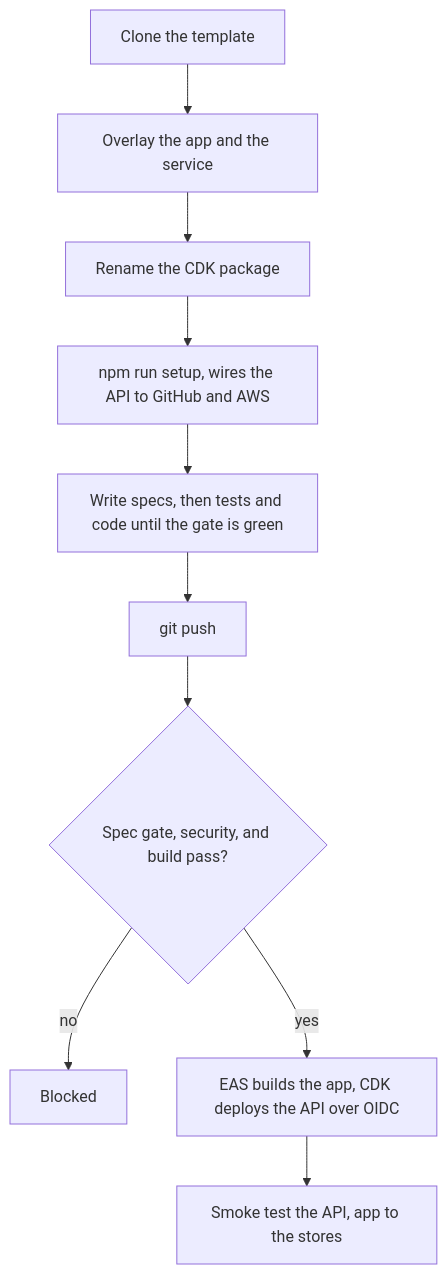
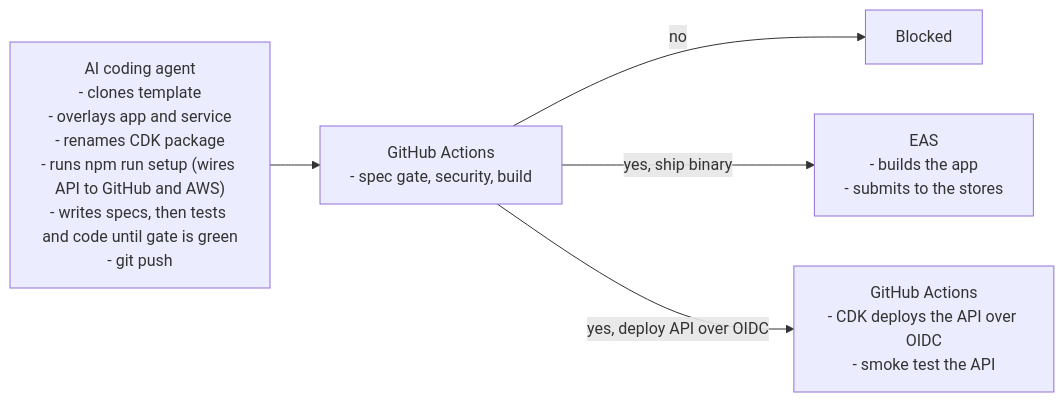
Before and after one commit to elleskay/mobile-platform: the first of 4 diagrams in README.md, drawn with Mermaid. The commit also changed other lines of this file, not shown here.

````diff
--- a/README.md
+++ b/README.md
@@ -90,12 +97,12 @@
 ```mermaid
-flowchart TD
-  Clone[Clone the template] --> Overlay[Overlay the app and the service]
-  Overlay --> Rename[Rename the CDK package]
-  Rename --> Setup[npm run setup, wires the API to GitHub and AWS]
-  Setup --> Spec[Write specs, then tests and code until the gate is green]
-  Spec --> Push[git push]
-  Push --> Gate{Spec gate, security, and build pass?}
-  Gate -->|no| Block[Blocked]
-  Gate -->|yes| Ship[EAS builds the app, CDK deploys the API over OIDC]
-  Ship --> Smoke[Smoke test the API, app to the stores]
+flowchart LR
+  Agent["AI coding agent<br/>- clones template<br/>- overlays app and service<br/>- renames CDK package<br/>- runs npm run setup (wires API to GitHub and AWS)<br/>- writes specs, then tests and code until gate is green<br/>- git push"]
+  GH["GitHub Actions<br/>- spec gate, security, build"]
+  Block["Blocked"]
+  EAS["EAS<br/>- builds the app<br/>- submits to the stores"]
+  GHActions["GitHub Actions<br/>- CDK deploys the API over OIDC<br/>- smoke test the API"]
+  Agent --> GH
+  GH -->|no| Block
+  GH -->|"yes, ship binary"| EAS
+  GH -->|"yes, deploy API over OIDC"| GHActions
 ```
````
